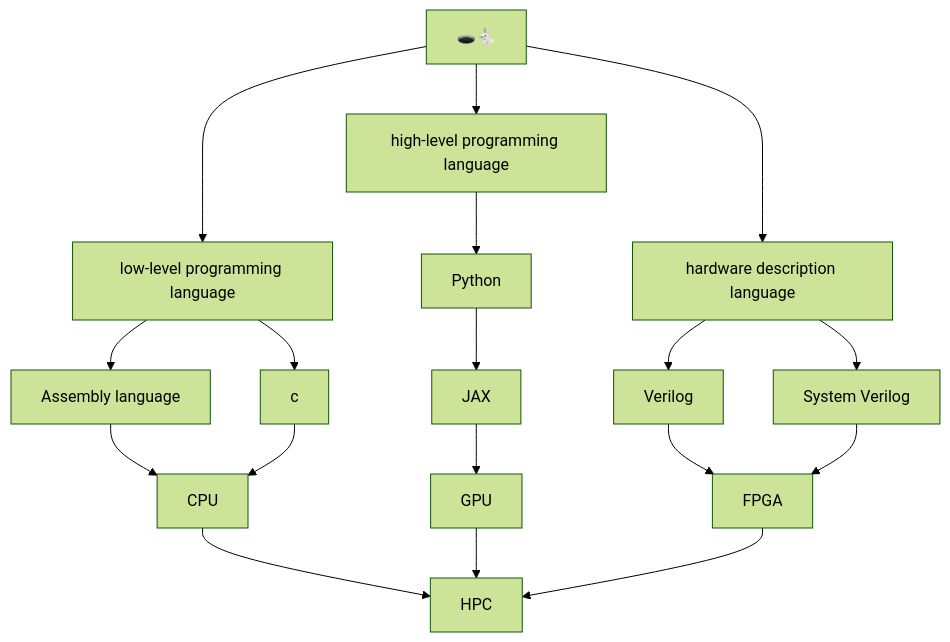
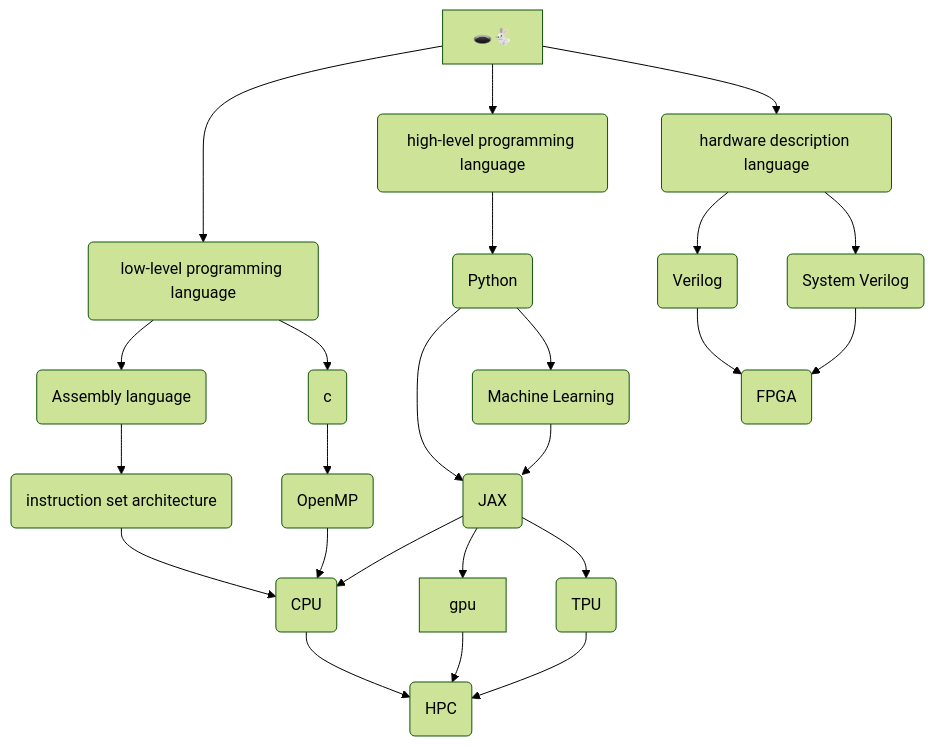
One commit to gpullela/quartz changed the diagram in content/index.md. Above: the diagram before and after it, drawn with Mermaid (forest theme). The commit also changed other lines of this file and 2 other files, not shown here.

Commit message:
Quartz sync: Nov 9, 2023, 1:24 AM

````diff
--- a/content/index.md
+++ b/content/index.md
@@ -23,9 +23,12 @@
 ```mermaid
 graph TB;
-A["🕳️🐇"] --> B[low-level programming language] & C[high-level programming language] & D[hardware description language];
-B --> E[Assembly language] & F[c] --> G[CPU];
-C --> H[Python] --> I[JAX] --> J[GPU];
-D --> K[Verilog] & L[System Verilog] --> M[FPGA];
-G & J & M --> N[HPC];
-class B,C,D,E,F,G,H,I,J,K,L,M,N internal-link;
+A["🕳️🐇"] --> low(low-level programming language) & high(high-level programming language) & hw(hardware description language);
+low --> asm(Assembly language) & c(c);
+c --> omp(OpenMP) --> cpu(CPU);
+asm --> isa(instruction set architecture) --> cpu;
+high --> py(Python) --> jax(JAX) & ml(Machine Learning);
+ml --> jax --> cpu & gpu & tpu(TPU);
+cpu & gpu & tpu --> hpc(HPC);
+hw --> v(Verilog) & sv(System Verilog) --> fpga(FPGA);
+class low,high,hw,asm,c,omp,cpu,isa,py,jax,ml,gpu,tpu,hpc,v,sv,fpga internal-links;
 ```
````
